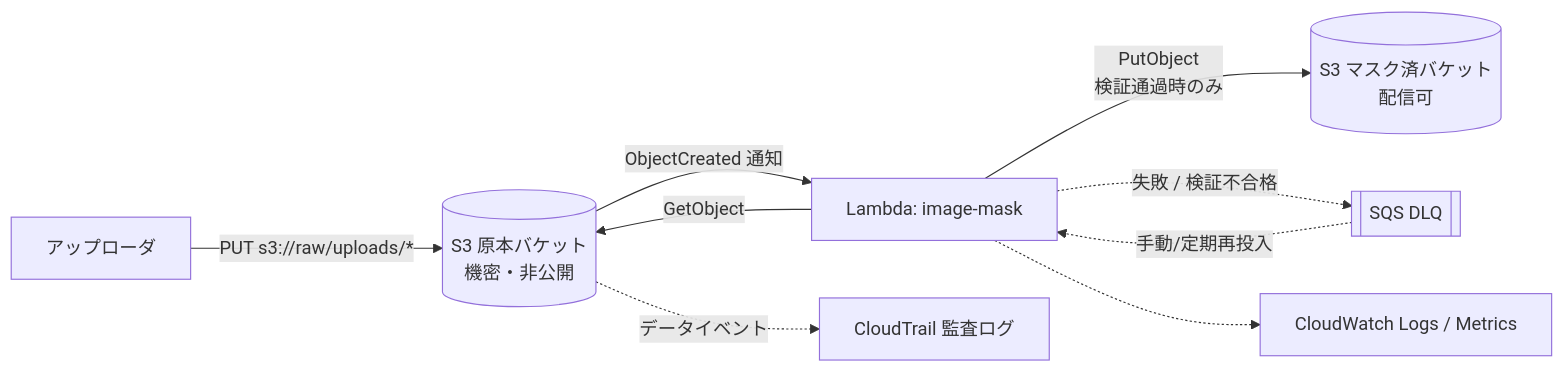
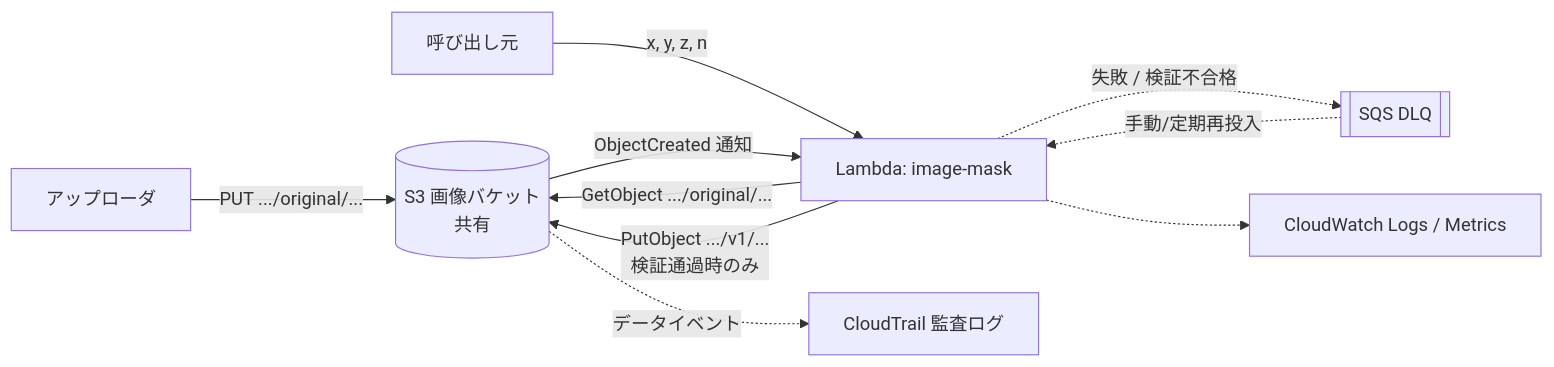
The diagram in lim/docs/image-blur-lambda-design.md (rxsxkxd/pk), drawn with Mermaid before and after one commit. The commit also changed other lines of this file and 9 other files, not shown here.

````diff
--- a/lim/docs/image-blur-lambda-design.md
+++ b/lim/docs/image-blur-lambda-design.md
@@ -151,11 +152,12 @@
 ```mermaid
 flowchart LR
-  U[アップローダ] -->|PUT s3://raw/uploads/*| SRC[(S3 原本バケット<br/>機密・非公開)]
-  SRC -->|ObjectCreated 通知| L[Lambda: image-mask]
-  L -->|GetObject| SRC
-  L -->|PutObject<br/>検証通過時のみ| DST[(S3 マスク済バケット<br/>配信可)]
+  U[アップローダ] -->|PUT .../original/...| B[(S3 画像バケット<br/>共有)]
+  R[呼び出し元] -->|x, y, z, n| L[Lambda: image-mask]
+  B -->|ObjectCreated 通知| L
+  L -->|GetObject .../original/...| B
+  L -->|PutObject .../v1/...<br/>検証通過時のみ| B
   L -.->|失敗 / 検証不合格| DLQ[[SQS DLQ]]
   L -.-> LOG[CloudWatch Logs / Metrics]
-  SRC -.->|データイベント| CT[CloudTrail 監査ログ]
+  B -.->|データイベント| CT[CloudTrail 監査ログ]
   DLQ -.->|手動/定期再投入| L
 ```
````
